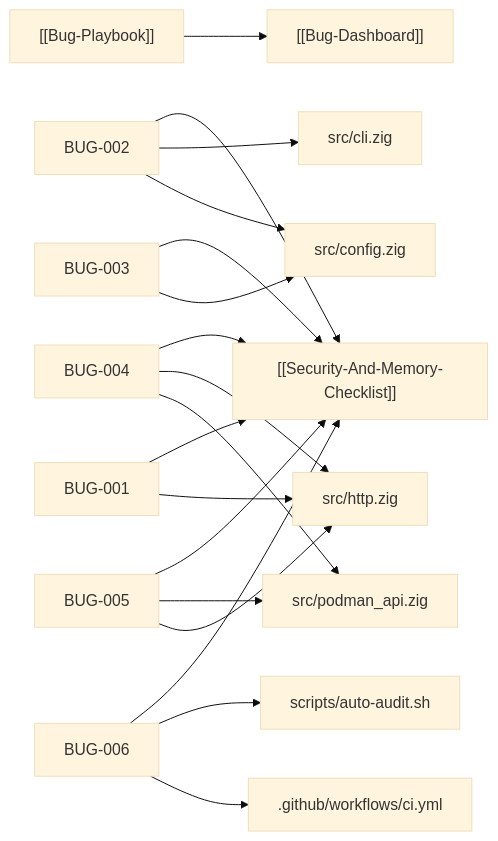
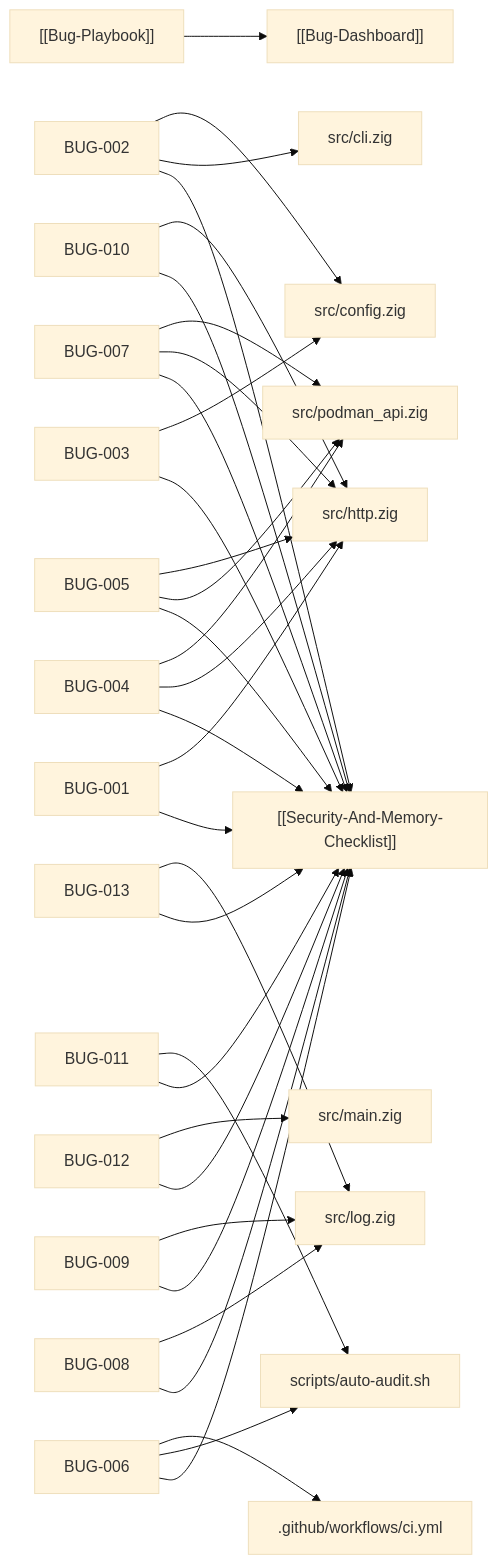
One commit to srayuth202510-byte/zigpodza changed the diagram in docs/vault/Bug-Dashboard.md. Above: the diagram before and after it, drawn with Mermaid (base theme). The commit also changed other lines of this file and 11 other files, not shown here.

Commit message:
Fix socket timeout semantics and audit chain integrity, record BUG-007..BUG-013

````diff
--- a/docs/vault/Bug-Dashboard.md
+++ b/docs/vault/Bug-Dashboard.md
@@ -29,20 +29,35 @@
 ```mermaid
 flowchart LR
     PLAYBOOK["[[Bug-Playbook]]"] --> DASH["[[Bug-Dashboard]]"]
     BUG001["BUG-001"] --> SEC["[[Security-And-Memory-Checklist]]"]
     BUG001 --> src_http_zig["src/http.zig"]
     BUG002["BUG-002"] --> SEC["[[Security-And-Memory-Checklist]]"]
     BUG002 --> src_cli_zig["src/cli.zig"]
     BUG002 --> src_config_zig["src/config.zig"]
     BUG003["BUG-003"] --> SEC["[[Security-And-Memory-Checklist]]"]
     BUG003 --> src_config_zig["src/config.zig"]
     BUG004["BUG-004"] --> SEC["[[Security-And-Memory-Checklist]]"]
     BUG004 --> src_http_zig["src/http.zig"]
     BUG004 --> src_podman_api_zig["src/podman_api.zig"]
     BUG005["BUG-005"] --> SEC["[[Security-And-Memory-Checklist]]"]
     BUG005 --> src_podman_api_zig["src/podman_api.zig"]
     BUG005 --> src_http_zig["src/http.zig"]
     BUG006["BUG-006"] --> SEC["[[Security-And-Memory-Checklist]]"]
     BUG006 --> scripts_auto_audit_sh["scripts/auto-audit.sh"]
     BUG006 --> _github_workflows_ci_yml[".github/workflows/ci.yml"]
+    BUG007["BUG-007"] --> SEC["[[Security-And-Memory-Checklist]]"]
+    BUG007 --> src_http_zig["src/http.zig"]
+    BUG007 --> src_podman_api_zig["src/podman_api.zig"]
+    BUG008["BUG-008"] --> SEC["[[Security-And-Memory-Checklist]]"]
+    BUG008 --> src_log_zig["src/log.zig"]
+    BUG009["BUG-009"] --> SEC["[[Security-And-Memory-Checklist]]"]
+    BUG009 --> src_log_zig["src/log.zig"]
+    BUG010["BUG-010"] --> SEC["[[Security-And-Memory-Checklist]]"]
+    BUG010 --> src_http_zig["src/http.zig"]
+    BUG011["BUG-011"] --> SEC["[[Security-And-Memory-Checklist]]"]
+    BUG011 --> scripts_auto_audit_sh["scripts/auto-audit.sh"]
+    BUG012["BUG-012"] --> SEC["[[Security-And-Memory-Checklist]]"]
+    BUG012 --> src_main_zig["src/main.zig"]
+    BUG013["BUG-013"] --> SEC["[[Security-And-Memory-Checklist]]"]
+    BUG013 --> src_log_zig["src/log.zig"]
 ```
````
